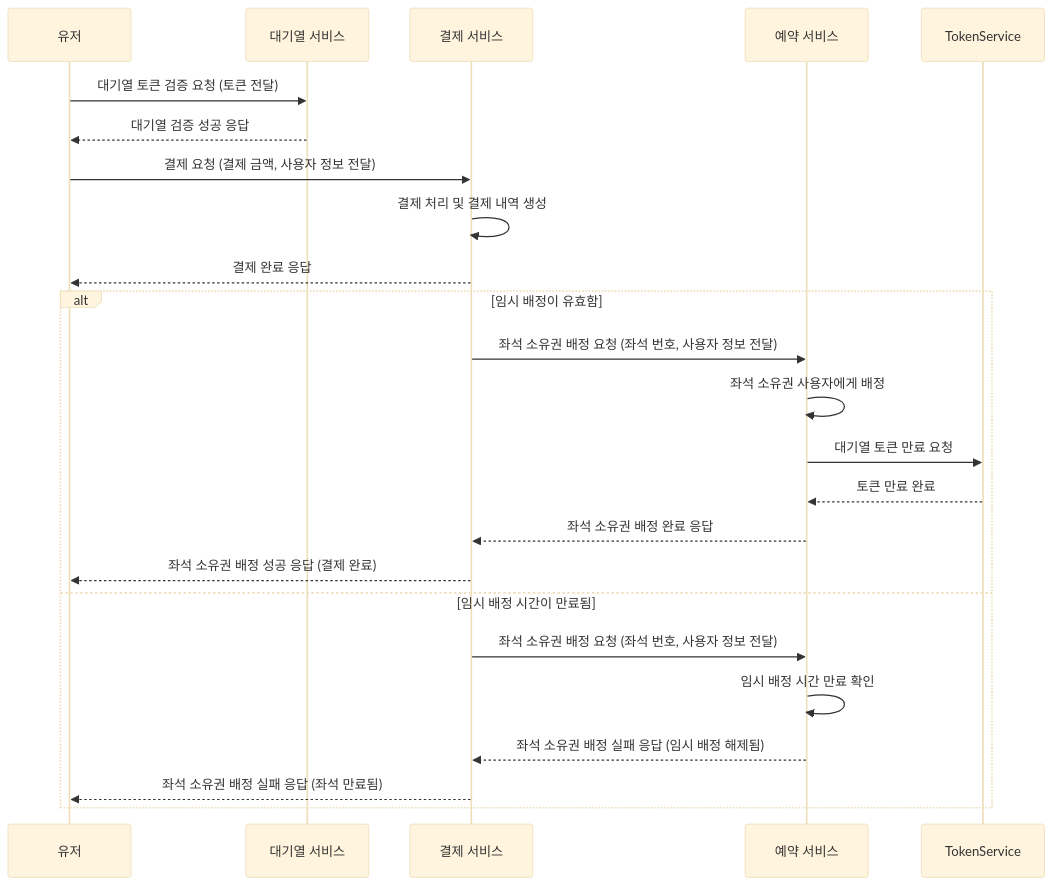
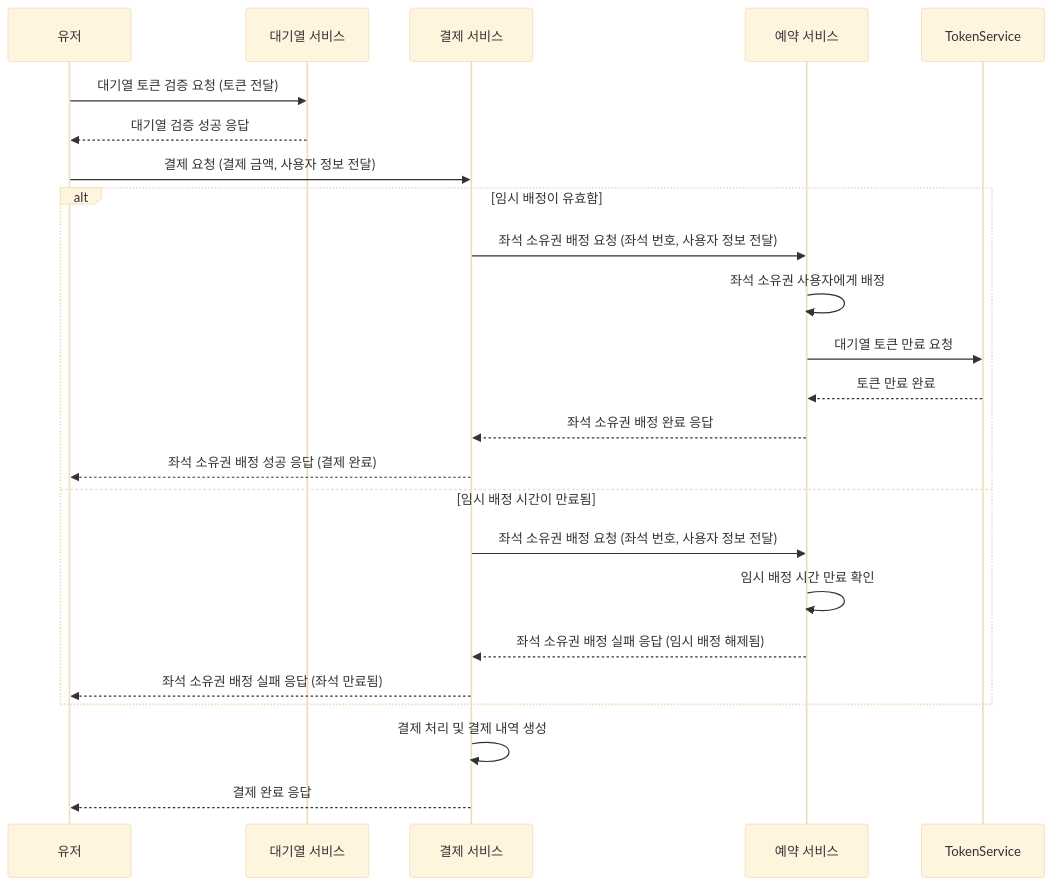
One commit to jyjae/hhplus-concert changed the eighth of 8 diagrams in docs/sequence.md. Above: the diagram before and after it, drawn with Mermaid (base theme). The commit also changed 1 other file, not shown here.

Commit message:
Docs: 시퀀스 다이어그램 결제 변경

````diff
--- a/docs/sequence.md
+++ b/docs/sequence.md
@@ -155,27 +155,28 @@
 ```mermaid
 sequenceDiagram
     participant User as 유저
     participant QueueService as 대기열 서비스
     participant PaymentService as 결제 서비스
     participant ReservationService as 예약 서비스
 
     User->>QueueService: 대기열 토큰 검증 요청 (토큰 전달)
     QueueService-->>User: 대기열 검증 성공 응답
     User->>PaymentService: 결제 요청 (결제 금액, 사용자 정보 전달)
-    PaymentService->>PaymentService: 결제 처리 및 결제 내역 생성
-    PaymentService-->>User: 결제 완료 응답
 
     alt 임시 배정이 유효함
         PaymentService->>ReservationService: 좌석 소유권 배정 요청 (좌석 번호, 사용자 정보 전달)
         ReservationService->>ReservationService: 좌석 소유권 사용자에게 배정
         ReservationService->>TokenService: 대기열 토큰 만료 요청
         TokenService-->>ReservationService: 토큰 만료 완료
         ReservationService-->>PaymentService: 좌석 소유권 배정 완료 응답
         PaymentService-->>User: 좌석 소유권 배정 성공 응답 (결제 완료)
     else 임시 배정 시간이 만료됨
         PaymentService->>ReservationService: 좌석 소유권 배정 요청 (좌석 번호, 사용자 정보 전달)
         ReservationService->>ReservationService: 임시 배정 시간 만료 확인
         ReservationService-->>PaymentService: 좌석 소유권 배정 실패 응답 (임시 배정 해제됨)
         PaymentService-->>User: 좌석 소유권 배정 실패 응답 (좌석 만료됨)
     end
+
+    PaymentService->>PaymentService: 결제 처리 및 결제 내역 생성
+    PaymentService-->>User: 결제 완료 응답
 ```
````
